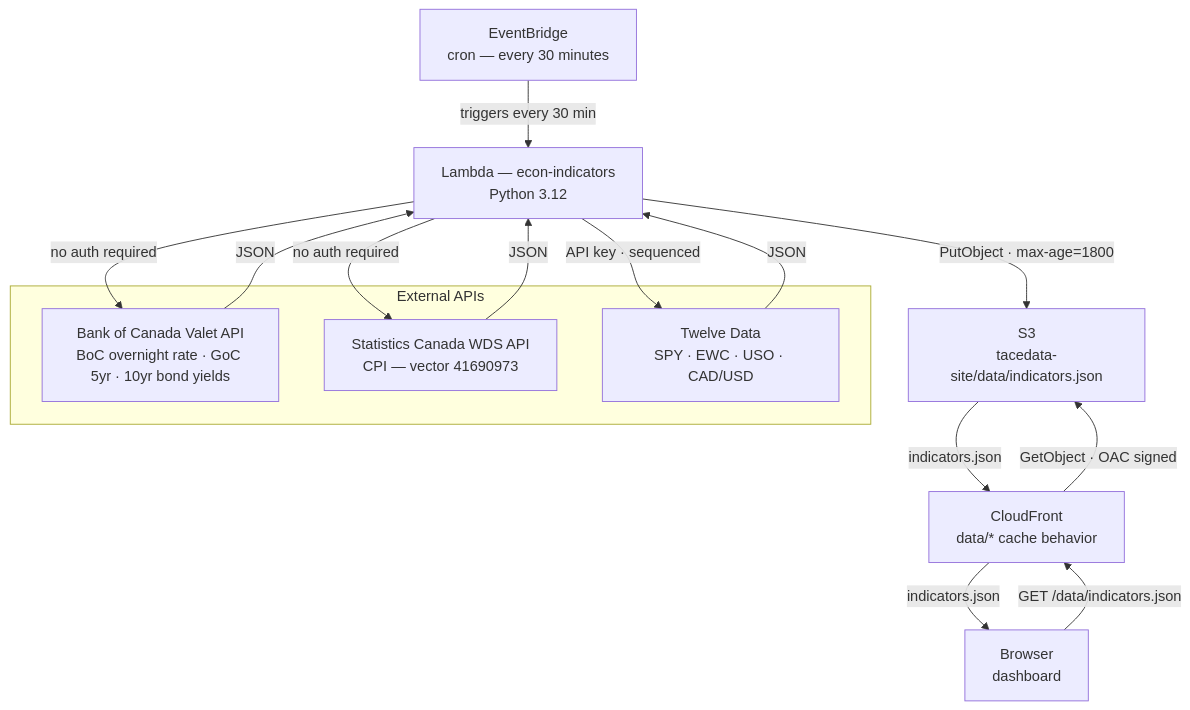
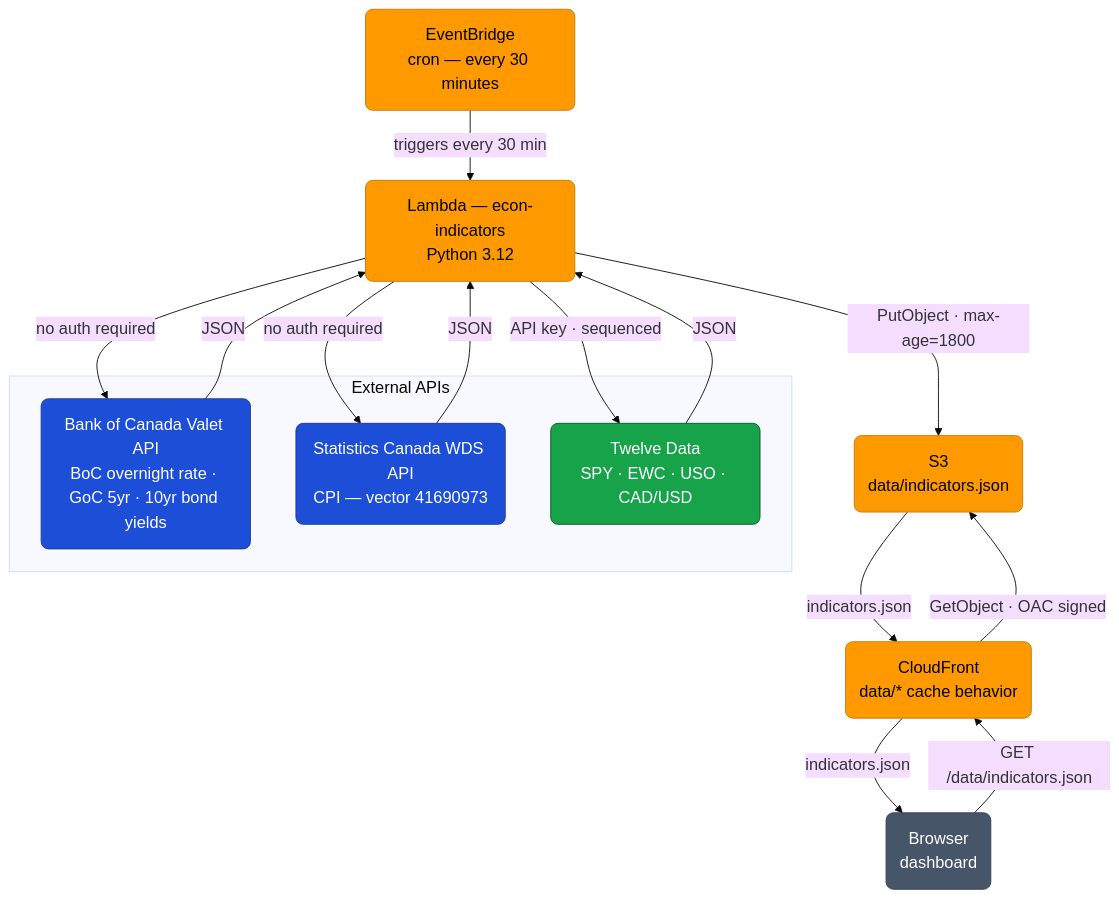
Before and after one commit to scottyleblanc/TACE.Website: the diagram in hugo/content/posts/econ-stage-3-post.md, drawn with Mermaid. The commit also changed 1 other file, not shown here.

Commit message:
style(econ-dashboard): styled Mermaid diagram with color groups and rounded nodes
AWS=orange, government APIs=blue, Twelve Data=green, browser=slate.
Rounded nodes, 18px font, init theme directive.

````diff
--- a/hugo/content/posts/econ-stage-3-post.md
+++ b/hugo/content/posts/econ-stage-3-post.md
@@ -27,26 +27,32 @@
 ```mermaid
+%%{init: {'theme': 'base', 'themeVariables': {'fontSize': '18px'}}}%%
 flowchart TD
-    EB["EventBridge\ncron — every 30 minutes"]
+    EB("EventBridge\ncron — every 30 minutes"):::aws
 
     subgraph apis["External APIs"]
-        BOC["Bank of Canada Valet API\nBoC overnight rate · GoC 5yr · 10yr bond yields"]
-        SC["Statistics Canada WDS API\nCPI — vector 41690973"]
-        TD["Twelve Data\nSPY · EWC · USO · CAD/USD"]
+        BOC("Bank of Canada Valet API\nBoC overnight rate · GoC 5yr · 10yr bond yields"):::gov
+        SC("Statistics Canada WDS API\nCPI — vector 41690973"):::gov
+        TD("Twelve Data\nSPY · EWC · USO · CAD/USD"):::market
     end
 
-    LM["Lambda — econ-indicators\nPython 3.12"]
-    S3["S3\ntacedata-site/data/indicators.json"]
-    CF["CloudFront\ndata/* cache behavior"]
-    BR["Browser\ndashboard"]
+    LM("Lambda — econ-indicators\nPython 3.12"):::aws
+    S3("S3\ndata/indicators.json"):::aws
+    CF("CloudFront\ndata/* cache behavior"):::aws
+    BR("Browser\ndashboard"):::browser
 
     EB -->|"triggers every 30 min"| LM
     LM -->|"no auth required"| BOC
     LM -->|"no auth required"| SC
     LM -->|"API key · sequenced"| TD
     BOC & SC & TD -->|"JSON"| LM
     LM -->|"PutObject · max-age=1800"| S3
     BR -->|"GET /data/indicators.json"| CF
     CF -->|"GetObject · OAC signed"| S3
     S3 -->|"indicators.json"| CF
     CF -->|"indicators.json"| BR
+
+    classDef aws      fill:#FF9900,stroke:#c97a00,color:#000,rx:8,ry:8
+    classDef gov      fill:#1d4ed8,stroke:#1e3a8a,color:#fff,rx:8,ry:8
+    classDef market   fill:#16a34a,stroke:#14532d,color:#fff,rx:8,ry:8
+    classDef browser  fill:#475569,stroke:#334155,color:#fff,rx:8,ry:8
 ```
````
